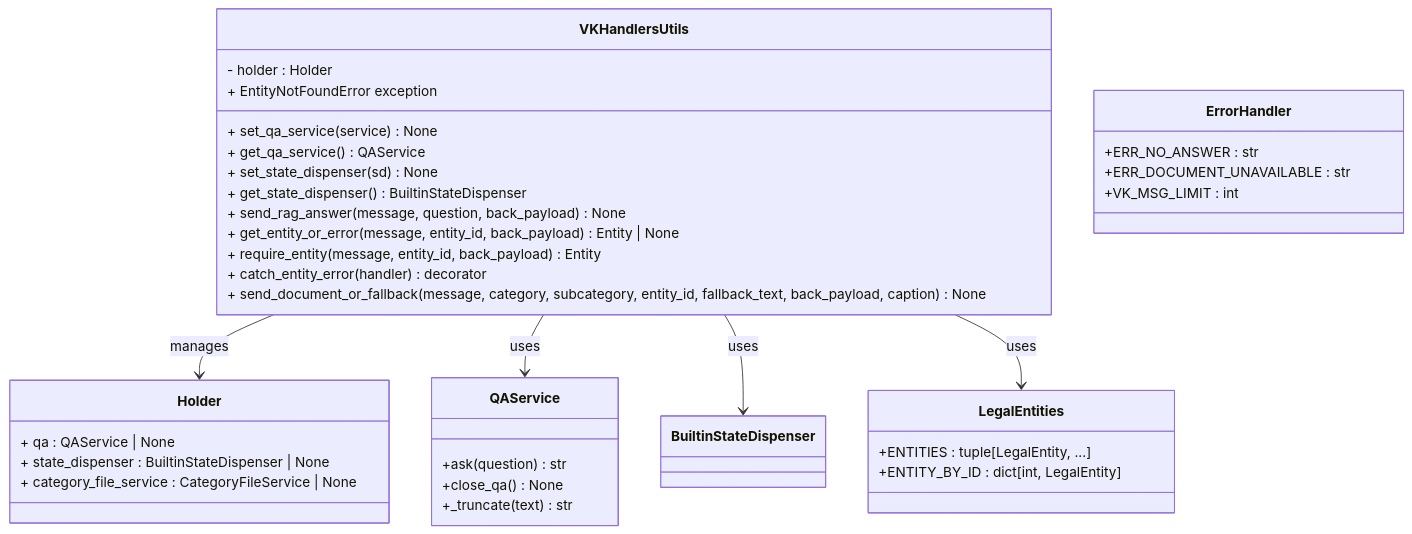
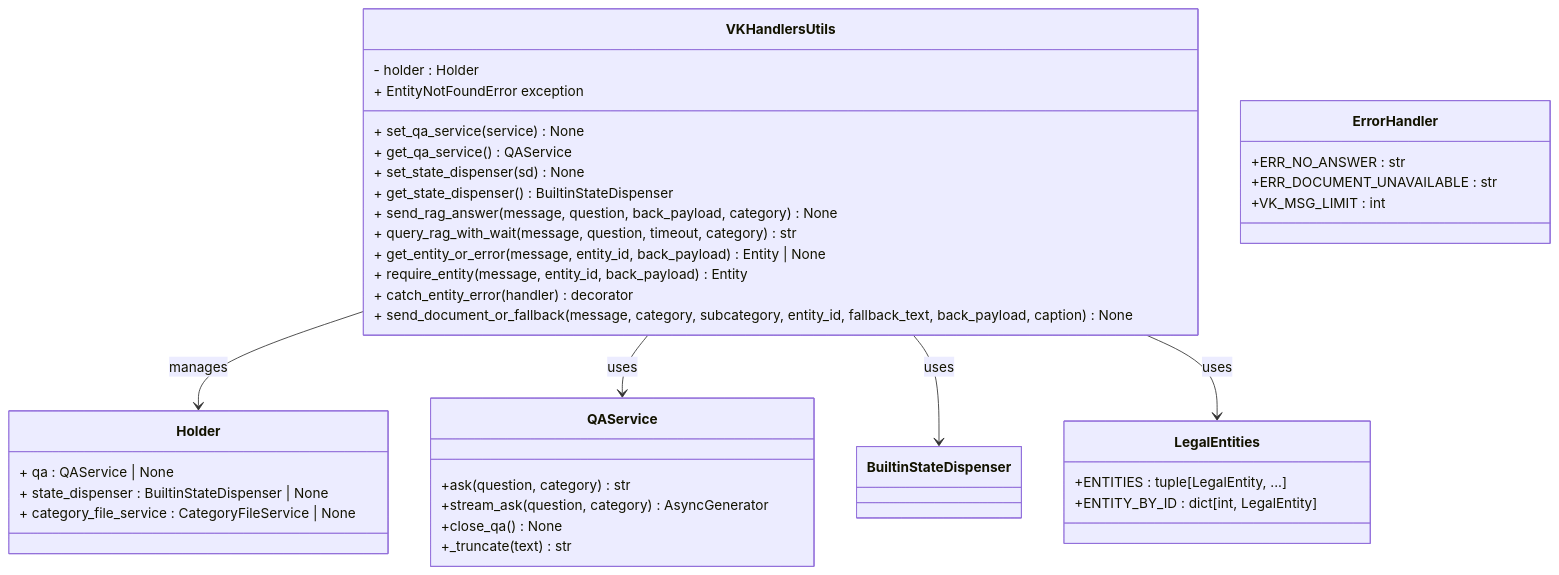
One commit to ognelis/cafetera_hr_bot changed the fourth of 29 diagrams in .qoder/repowiki/en/content/VK Integration/VK Integration.md. Above: the diagram before and after it, drawn with Mermaid. The commit also changed other lines of this file and 27 other files, not shown here.

````diff
--- a/.qoder/repowiki/en/content/VK Integration/VK Integration.md
+++ b/.qoder/repowiki/en/content/VK Integration/VK Integration.md
@@ -385,39 +426,41 @@
 ```mermaid
 classDiagram
 class VKHandlersUtils {
 - holder : Holder
 + set_qa_service(service) None
 + get_qa_service() QAService
 + set_state_dispenser(sd) None
 + get_state_dispenser() BuiltinStateDispenser
-+ send_rag_answer(message, question, back_payload) None
++ send_rag_answer(message, question, back_payload, category) None
++ query_rag_with_wait(message, question, timeout, category) str
 + get_entity_or_error(message, entity_id, back_payload) Entity | None
 + require_entity(message, entity_id, back_payload) Entity
 + catch_entity_error(handler) decorator
 + EntityNotFoundError exception
 + send_document_or_fallback(message, category, subcategory, entity_id, fallback_text, back_payload, caption) None
 }
 class Holder {
 + qa : QAService | None
 + state_dispenser : BuiltinStateDispenser | None
 + category_file_service : CategoryFileService | None
 }
 class QAService {
-+ask(question) str
++ask(question, category) str
++stream_ask(question, category) AsyncGenerator
 +close_qa() None
 +_truncate(text) str
 }
 class ErrorHandler {
 +ERR_NO_ANSWER : str
 +ERR_DOCUMENT_UNAVAILABLE : str
 +VK_MSG_LIMIT : int
 }
 class LegalEntities {
 +ENTITIES : tuple[LegalEntity, ...]
 +ENTITY_BY_ID : dict[int, LegalEntity]
 }
 VKHandlersUtils --> Holder : manages
 VKHandlersUtils --> QAService : uses
 VKHandlersUtils --> BuiltinStateDispenser : uses
 VKHandlersUtils --> LegalEntities : uses
 ```
````
